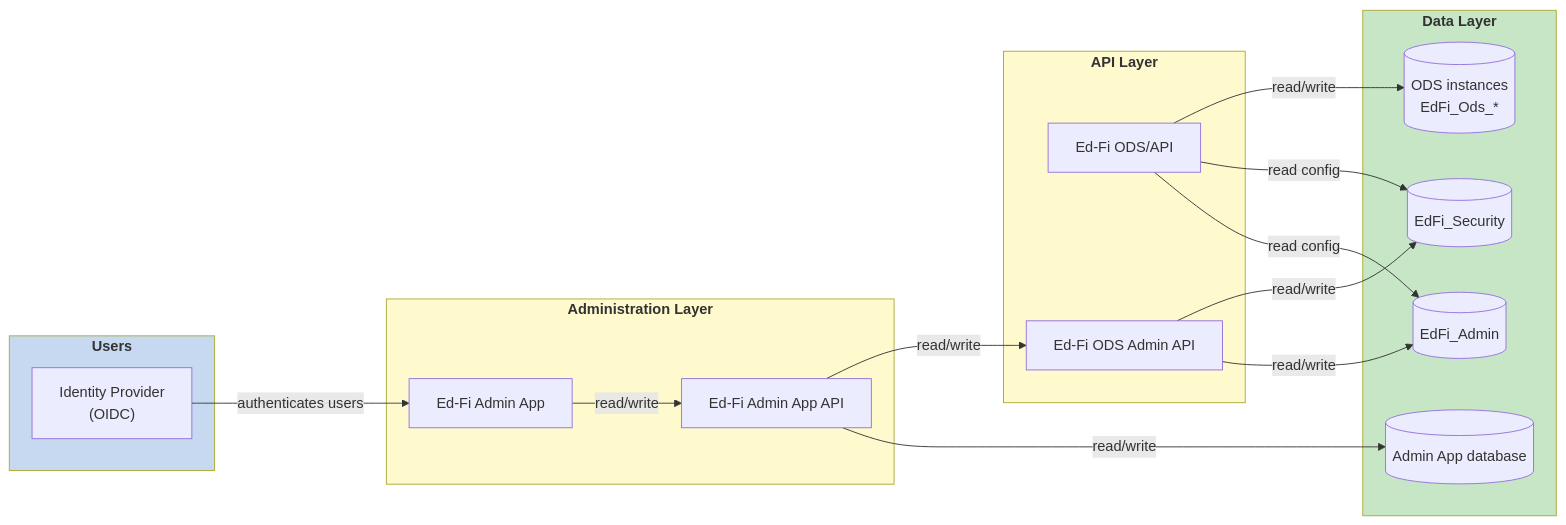
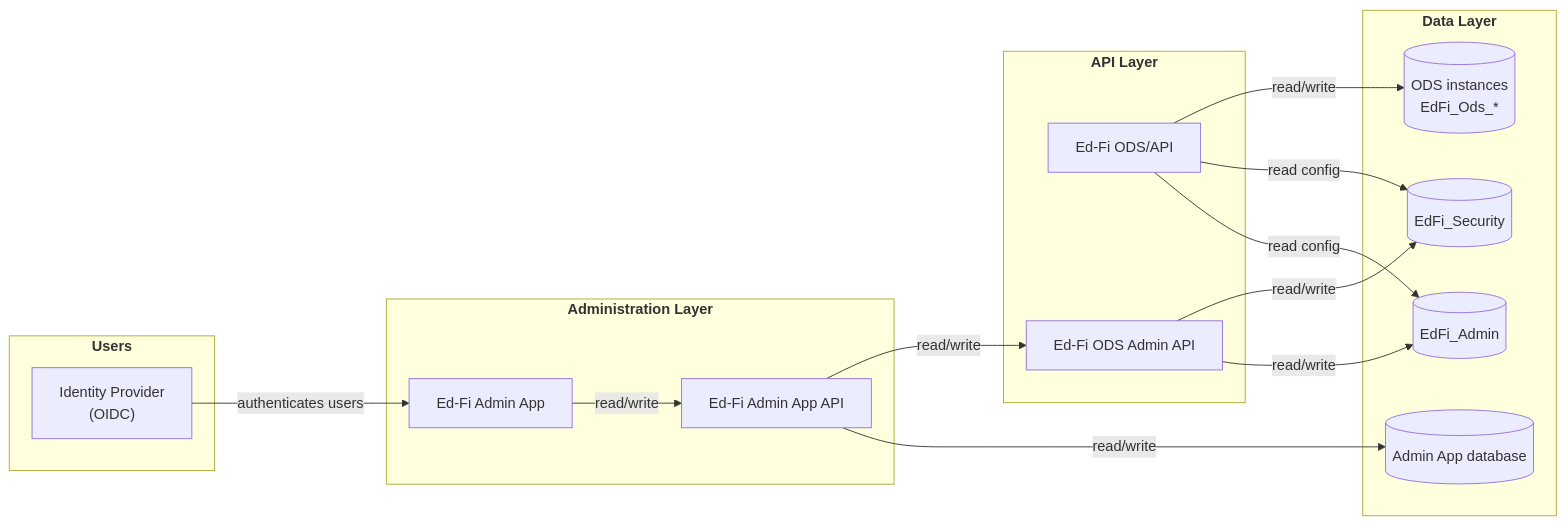
One commit to Ed-Fi-Alliance-OSS/ed-fi-alliance-oss.github.io changed the first of 3 diagrams in docs/reference/5-admin-app/getting-started/roadmap-to-success.md. Above: the diagram before and after it, drawn with Mermaid. The commit also changed other lines of this file, not shown here.

````diff
--- a/docs/reference/5-admin-app/getting-started/roadmap-to-success.md
+++ b/docs/reference/5-admin-app/getting-started/roadmap-to-success.md
@@ -12,39 +12,34 @@
 ```mermaid
 graph LR
 
     subgraph Users["<b>Users</b>"]
         idp["Identity Provider<br/>(OIDC)"]
     end
 
     subgraph AdminLayer["<b>Administration Layer</b>"]
         adminapp["Ed-Fi Admin App"]
         adminappapi["Ed-Fi Admin App API"]
     end
 
     subgraph ApiLayer["<b>API Layer</b>"]
         odsapi["Ed-Fi ODS/API"]
         adminapi["Ed-Fi ODS Admin API"]
     end
 
     subgraph Data["<b>Data Layer</b>"]
         adminDb[(EdFi_Admin)]
         securityDb[(EdFi_Security)]
         appDb[(Admin App database)]
         ods[(ODS instances<br/>EdFi_Ods_*)]
     end
 
     idp -->|authenticates users| adminapp
     adminappapi -->|read/write| appDb
     adminapp -->|read/write| adminappapi
     adminapi -->|read/write| adminDb
     adminapi -->|read/write| securityDb
     adminappapi -->|read/write| adminapi
     odsapi -->|read config| adminDb
     odsapi -->|read config| securityDb
     odsapi -->|read/write| ods
-
-    style Users fill:#c6d9f0
-    style AdminLayer fill:#fffacd
-    style ApiLayer fill:#fffacd
-    style Data fill:#c6e6c6
 ```
````
